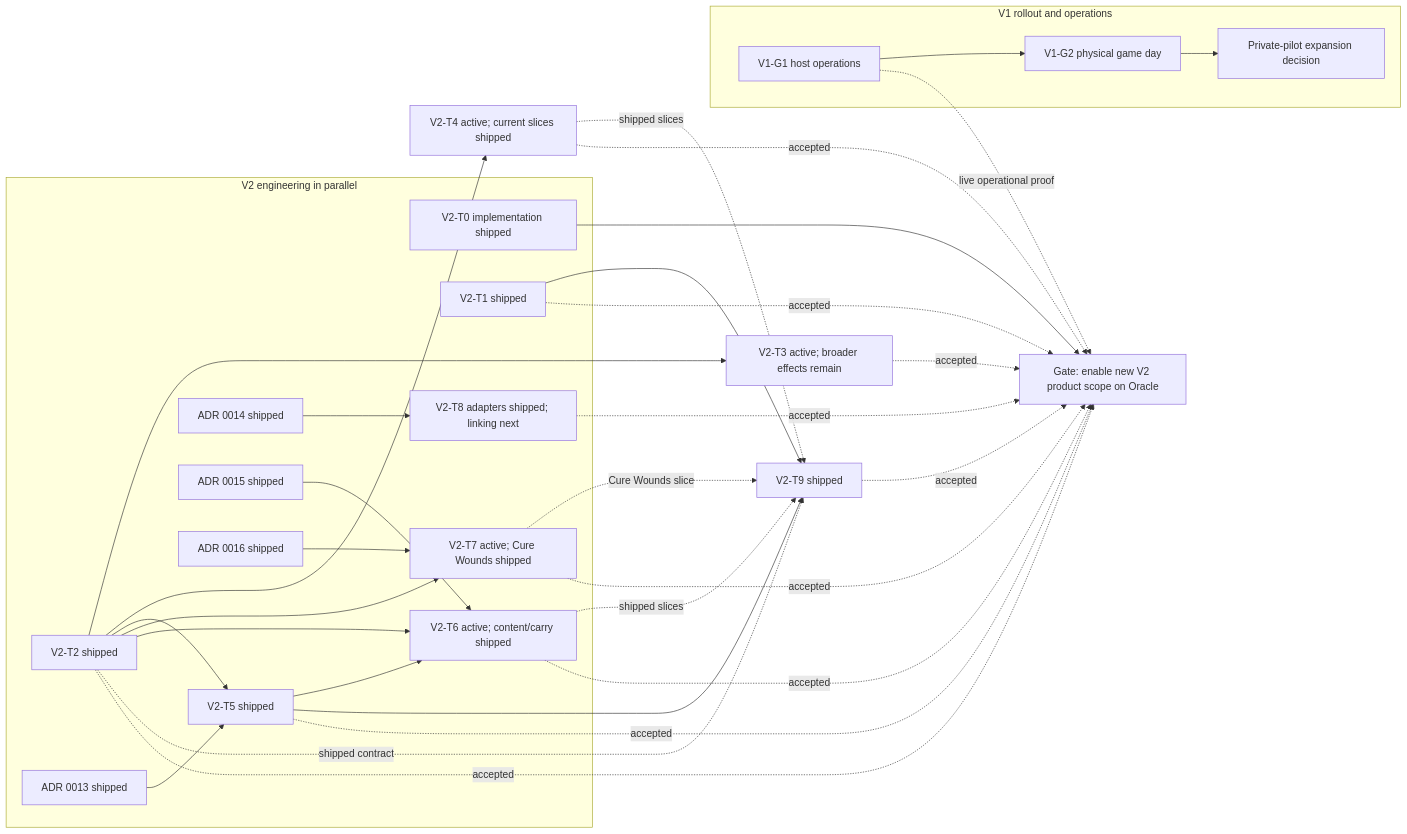
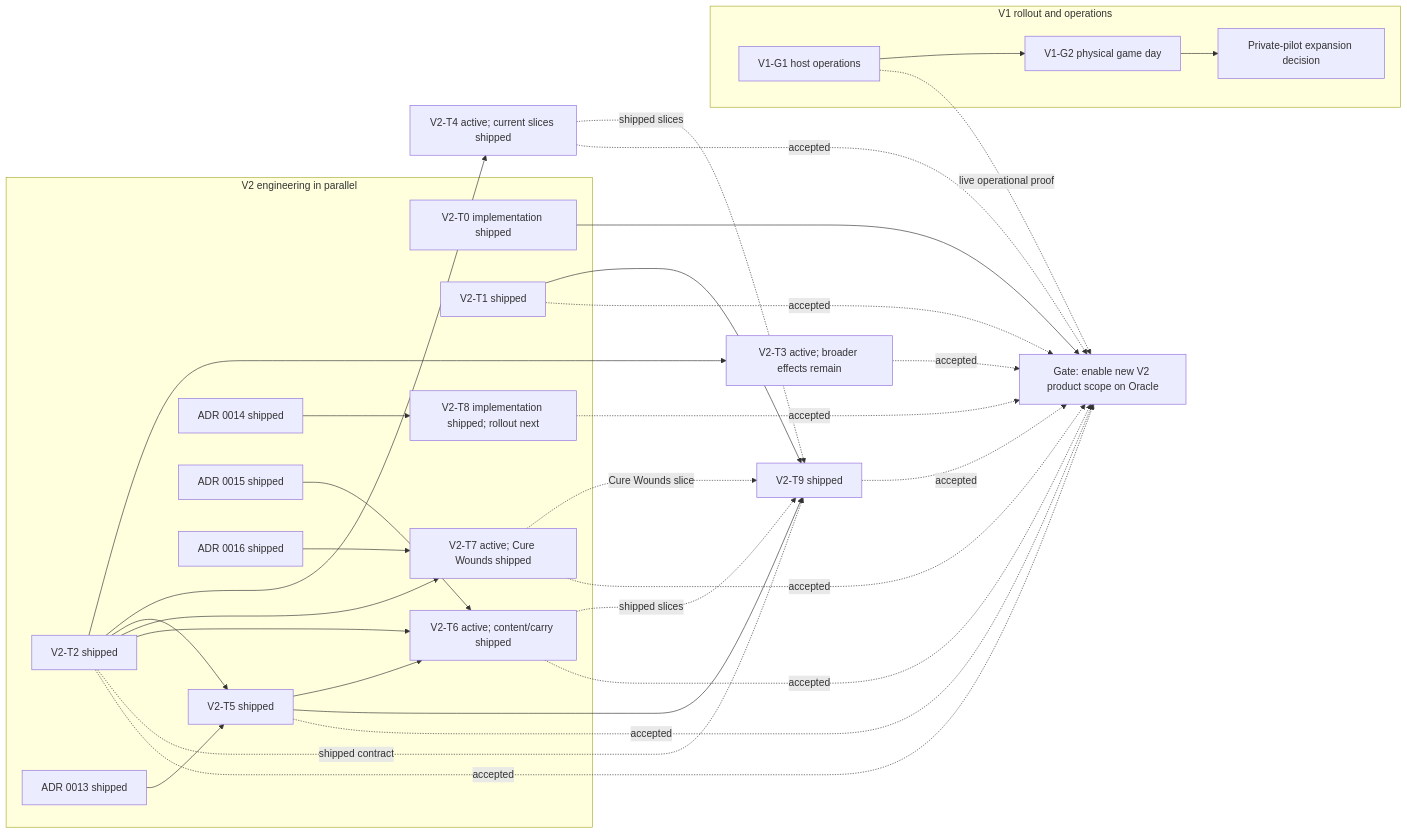
One commit to TrueMichato/ThelemarTools changed the diagram in docs/hub/roadmap.md. Above: the diagram before and after it, drawn with Mermaid. The commit also changed other lines of this file and 47 other files, not shown here.

````diff
--- a/docs/hub/roadmap.md
+++ b/docs/hub/roadmap.md
@@ -535,39 +538,39 @@
 ```mermaid
 flowchart LR
   subgraph Rollout[V1 rollout and operations]
     G1[V1-G1 host operations] --> G2[V1-G2 physical game day]
     G2 --> GO[Private-pilot expansion decision]
   end
   subgraph Engineering[V2 engineering in parallel]
     T0[V2-T0 implementation shipped]
     T1[V2-T1 shipped]
     T2[V2-T2 shipped]
     P13[ADR 0013 shipped] --> T5[V2-T5 shipped]
-    P14[ADR 0014 shipped] --> T8[V2-T8 adapters shipped; linking next]
+    P14[ADR 0014 shipped] --> T8[V2-T8 implementation shipped; rollout next]
     P15[ADR 0015 shipped] --> T6[V2-T6 active; content/carry shipped]
     P16[ADR 0016 shipped] --> T7[V2-T7 active; Cure Wounds shipped]
   end
   T2 --> T3[V2-T3 active; broader effects remain]
   T2 --> T4[V2-T4 active; current slices shipped]
   T2 --> T5
   T2 --> T7
   T5 --> T6
   T2 --> T6
   T1 --> T9[V2-T9 shipped]
   T2 -. shipped contract .-> T9
   T4 -. shipped slices .-> T9
   T5 --> T9
   T6 -. shipped slices .-> T9
   T7 -. Cure Wounds slice .-> T9
   T0 --> ENABLE[Gate: enable new V2 product scope on Oracle]
   T1 -. accepted .-> ENABLE
   T2 -. accepted .-> ENABLE
   T3 -. accepted .-> ENABLE
   T4 -. accepted .-> ENABLE
   T5 -. accepted .-> ENABLE
   T6 -. accepted .-> ENABLE
   T7 -. accepted .-> ENABLE
   T8 -. accepted .-> ENABLE
   T9 -. accepted .-> ENABLE
   G1 -. live operational proof .-> ENABLE
 ```
````
